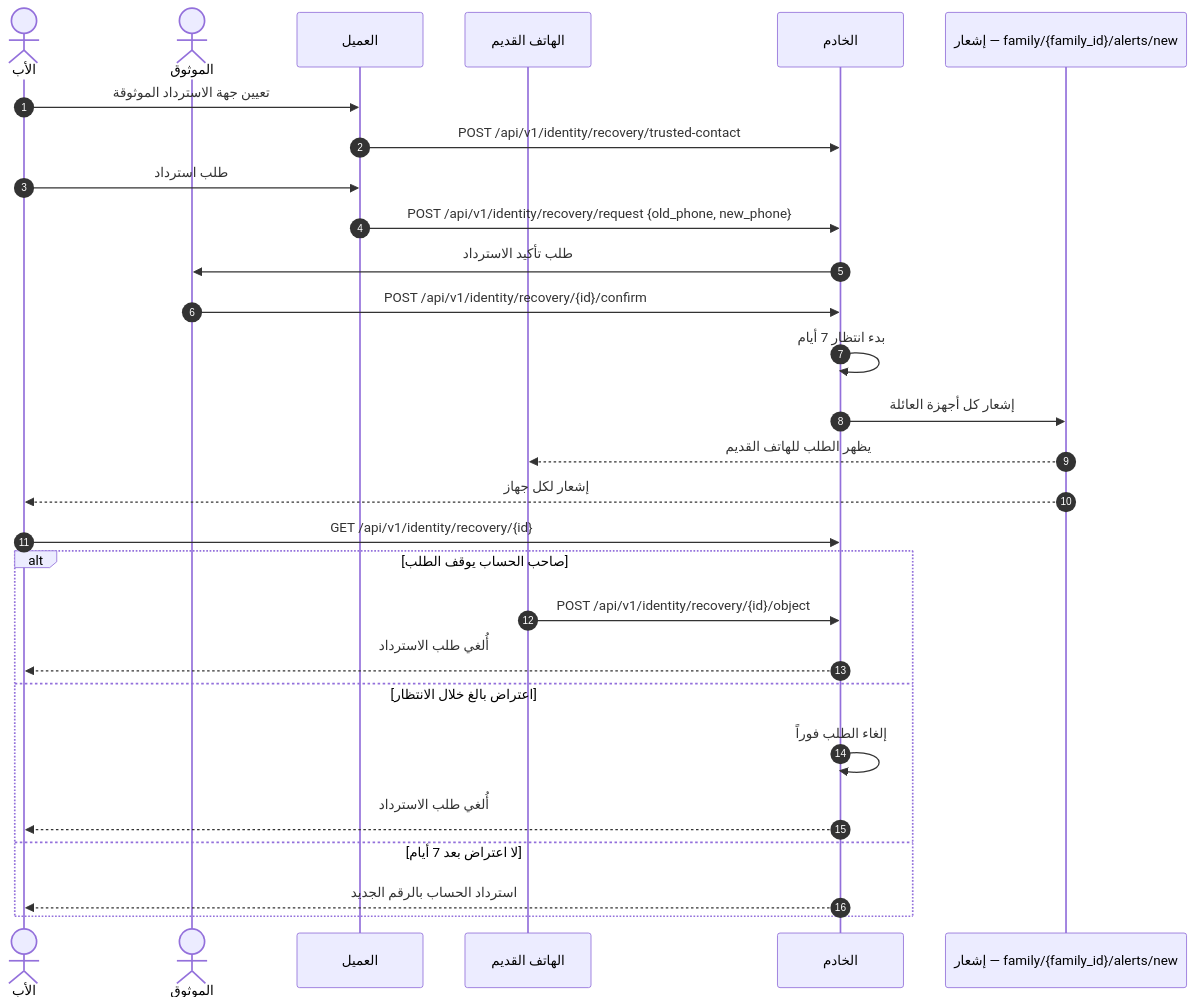
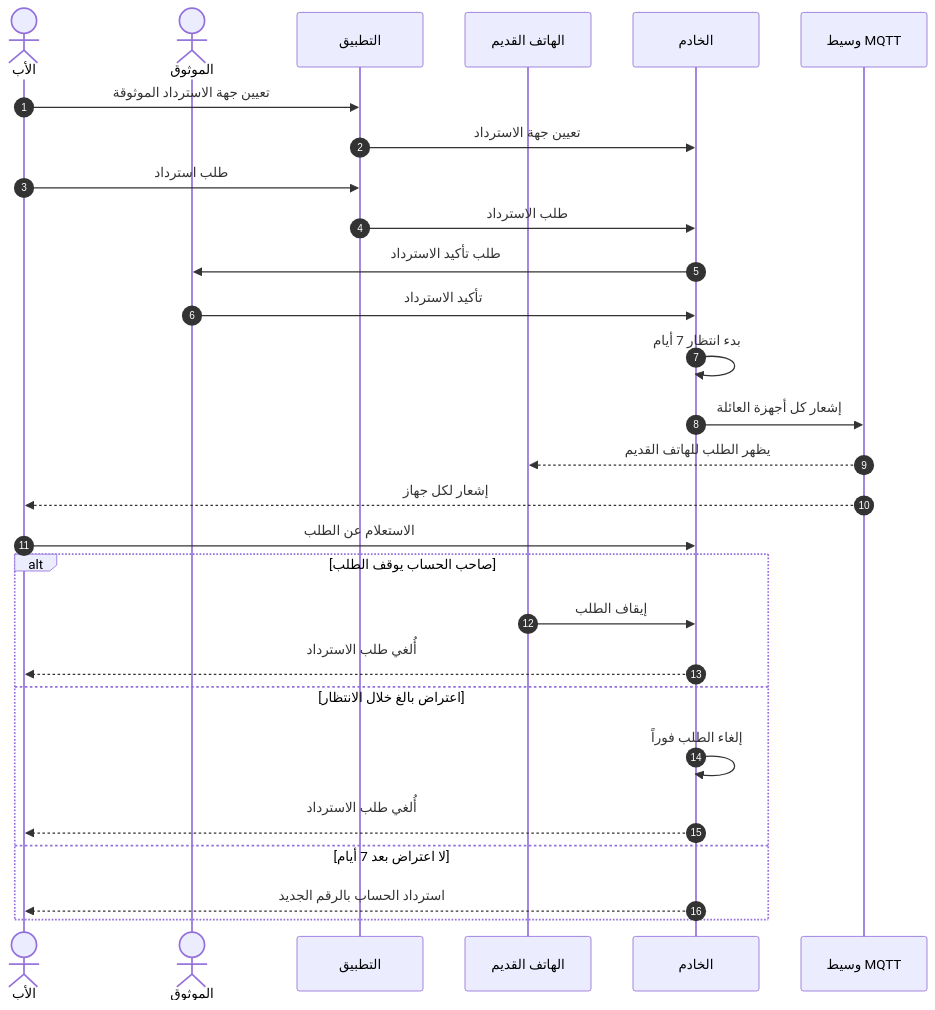
One commit to Bassam-mohammed-alqaeadi/family-os-v2 changed diagram 12 of 36 in docs/family-os/governance/phases/phase-1/S1-02-identity-and-onboarding/DIAGRAMS.md. Above: the diagram before and after it, drawn with Mermaid. The commit also changed other lines of this file, not shown here.

````diff
--- a/docs/family-os/governance/phases/phase-1/S1-02-identity-and-onboarding/DIAGRAMS.md
+++ b/docs/family-os/governance/phases/phase-1/S1-02-identity-and-onboarding/DIAGRAMS.md
@@ -537,30 +566,31 @@
 ```mermaid
+%%{init: {"sequence": {"wrap": true}}}%%
 sequenceDiagram
     autonumber
     actor Father as الأب
     actor Trusted as الموثوق
-    participant Client as العميل
+    participant App as التطبيق
     participant Old as الهاتف القديم
     participant Ktor as الخادم
-    participant MQTT as إشعار — family/{family_id}/alerts/new
-    Father->>Client: تعيين جهة الاسترداد الموثوقة
-    Client->>Ktor: POST /api/v1/identity/recovery/trusted-contact
-    Father->>Client: طلب استرداد
-    Client->>Ktor: POST /api/v1/identity/recovery/request {old_phone, new_phone}
+    participant MQTT as وسيط MQTT
+    Father->>App: تعيين جهة الاسترداد الموثوقة
+    App->>Ktor: تعيين جهة الاسترداد
+    Father->>App: طلب استرداد
+    App->>Ktor: طلب الاسترداد
     Ktor->>Trusted: طلب تأكيد الاسترداد
-    Trusted->>Ktor: POST /api/v1/identity/recovery/{id}/confirm
+    Trusted->>Ktor: تأكيد الاسترداد
     Ktor->>Ktor: بدء انتظار 7 أيام
     Ktor->>MQTT: إشعار كل أجهزة العائلة
     MQTT-->>Old: يظهر الطلب للهاتف القديم
     MQTT-->>Father: إشعار لكل جهاز
-    Father->>Ktor: GET /api/v1/identity/recovery/{id}
+    Father->>Ktor: الاستعلام عن الطلب
     alt صاحب الحساب يوقف الطلب
-        Old->>Ktor: POST /api/v1/identity/recovery/{id}/object
+        Old->>Ktor: إيقاف الطلب
         Ktor-->>Father: أُلغي طلب الاسترداد
     else اعتراض بالغ خلال الانتظار
         Ktor->>Ktor: إلغاء الطلب فوراً
         Ktor-->>Father: أُلغي طلب الاسترداد
     else لا اعتراض بعد 7 أيام
         Ktor-->>Father: استرداد الحساب بالرقم الجديد
     end
 ```
````
